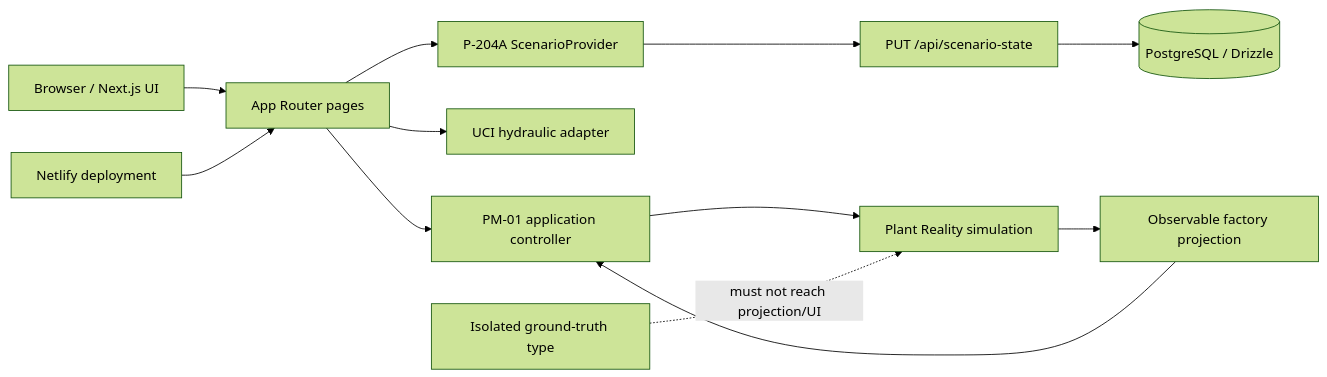
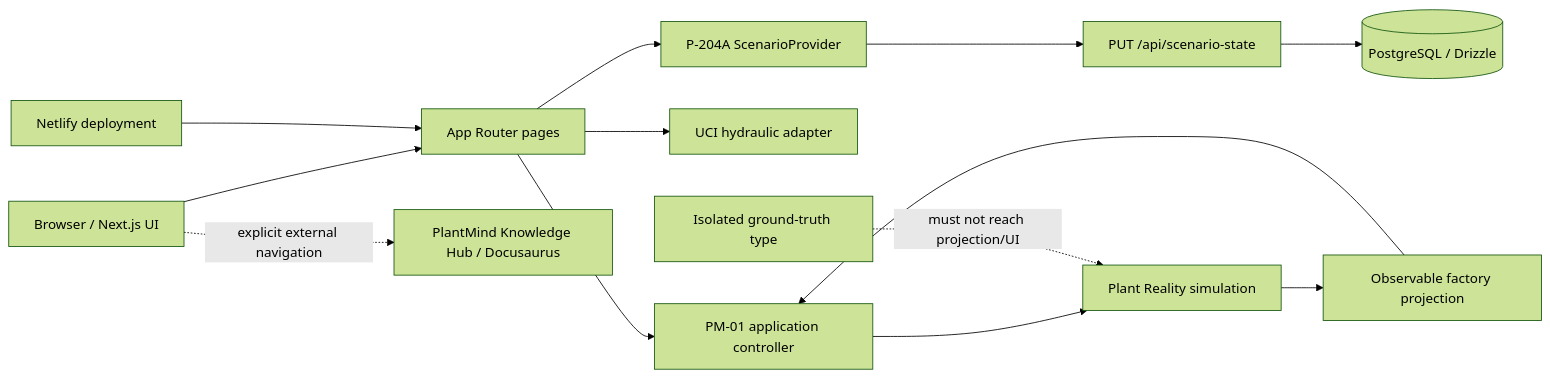
One commit to milindvanam/plantmind-os changed the first of 2 diagrams in docs/ARCHITECTURE.md. Above: the diagram before and after it, drawn with Mermaid (forest theme). The commit also changed other lines of this file and 8 other files, not shown here.

Commit message:
feat(navigation): add PlantMind Knowledge Hub

````diff
--- a/docs/ARCHITECTURE.md
+++ b/docs/ARCHITECTURE.md
@@ -7,25 +7,27 @@
 ```mermaid
 flowchart LR
   Browser["Browser / Next.js UI"]
   Routes["App Router pages"]
   Legacy["P-204A ScenarioProvider"]
   Real["UCI hydraulic adapter"]
   Controller["PM-01 application controller"]
   Projection["Observable factory projection"]
   Reality["Plant Reality simulation"]
   Hidden["Isolated ground-truth type"]
   API["PUT /api/scenario-state"]
   DB[("PostgreSQL / Drizzle")]
   Netlify["Netlify deployment"]
+  Knowledge["PlantMind Knowledge Hub / Docusaurus"]
 
   Browser --> Routes
   Routes --> Legacy
   Routes --> Real
   Routes --> Controller
   Controller --> Reality
   Reality --> Projection
   Projection --> Controller
   Hidden -. "must not reach projection/UI" .-> Reality
   Legacy --> API --> DB
   Netlify --> Routes
+  Browser -. "explicit external navigation" .-> Knowledge
 ```
````
